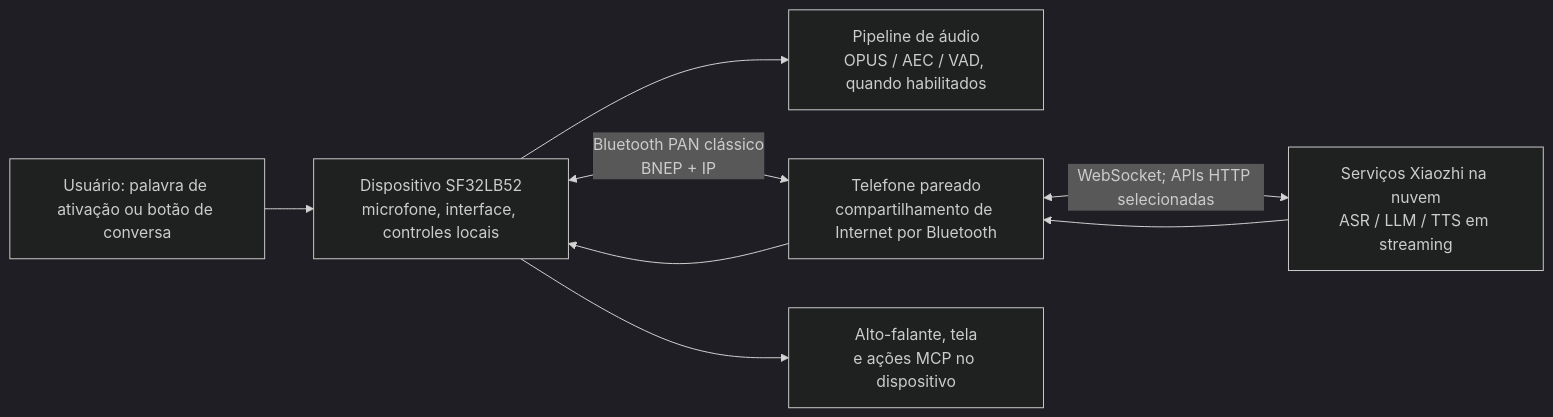
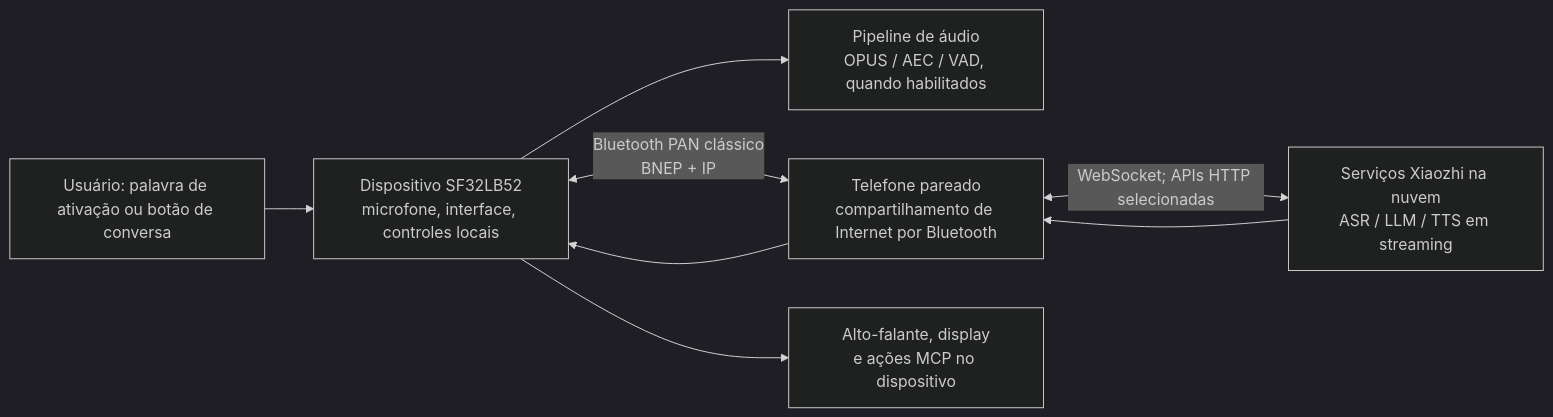
Before and after one commit to uForge-io/uforge-site: the diagram in docs_pt/projects/sf32-xiaozhi.md, drawn with Mermaid (dark theme). The commit also changed other lines of this file and 1299 other files, not shown here.

````diff
--- a/docs_pt/projects/sf32-xiaozhi.md
+++ b/docs_pt/projects/sf32-xiaozhi.md
@@ -118,9 +118,9 @@
 ```mermaid
 flowchart LR
     U["Usuário: palavra de ativação ou botão de conversa"] --> D["Dispositivo SF32LB52\nmicrofone, interface, controles locais"]
     D --> E["Pipeline de áudio\nOPUS / AEC / VAD, quando habilitados"]
     D <-->|"Bluetooth PAN clássico\nBNEP + IP"| P["Telefone pareado\ncompartilhamento de Internet por Bluetooth"]
     P <-->|"WebSocket; APIs HTTP selecionadas"| S["Serviços Xiaozhi na nuvem\nASR / LLM / TTS em streaming"]
     S --> P --> D
-    D --> O["Alto-falante, tela\ne ações MCP no dispositivo"]
+    D --> O["Alto-falante, display\ne ações MCP no dispositivo"]
 ```
````
